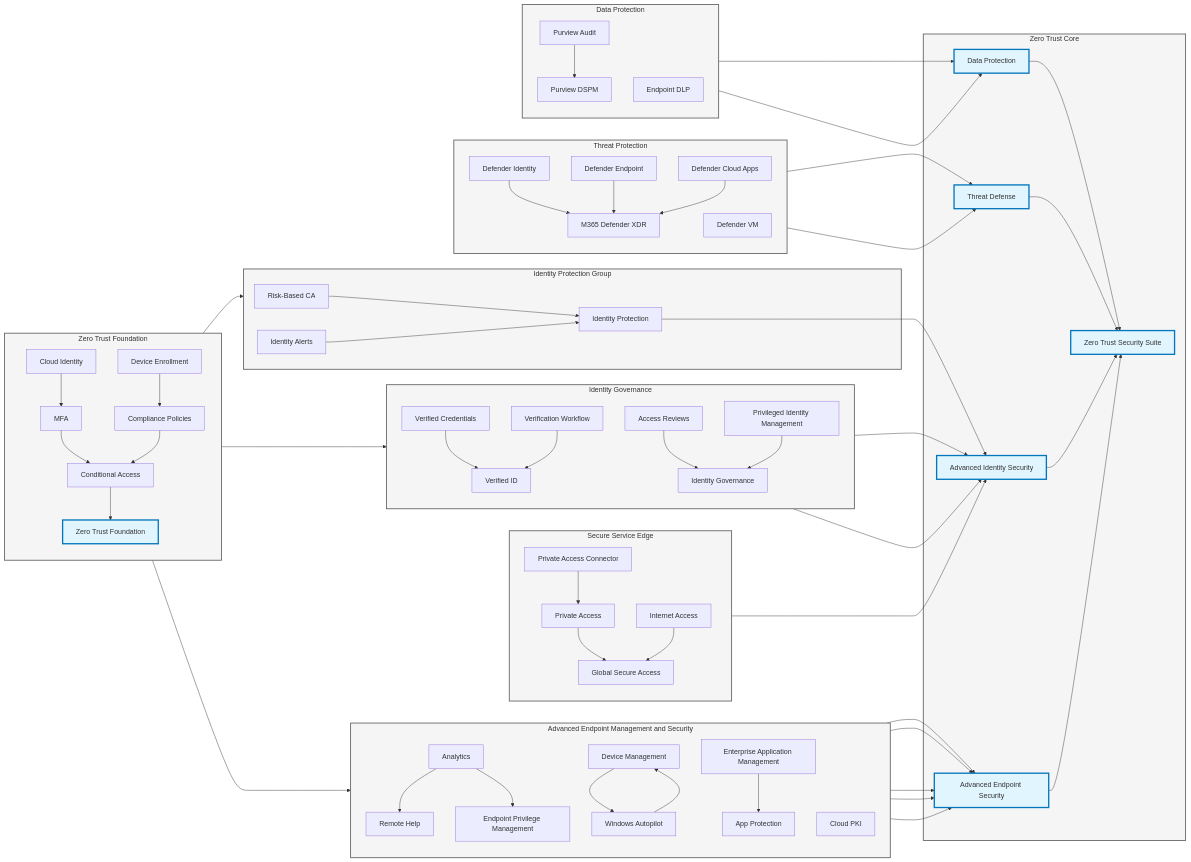
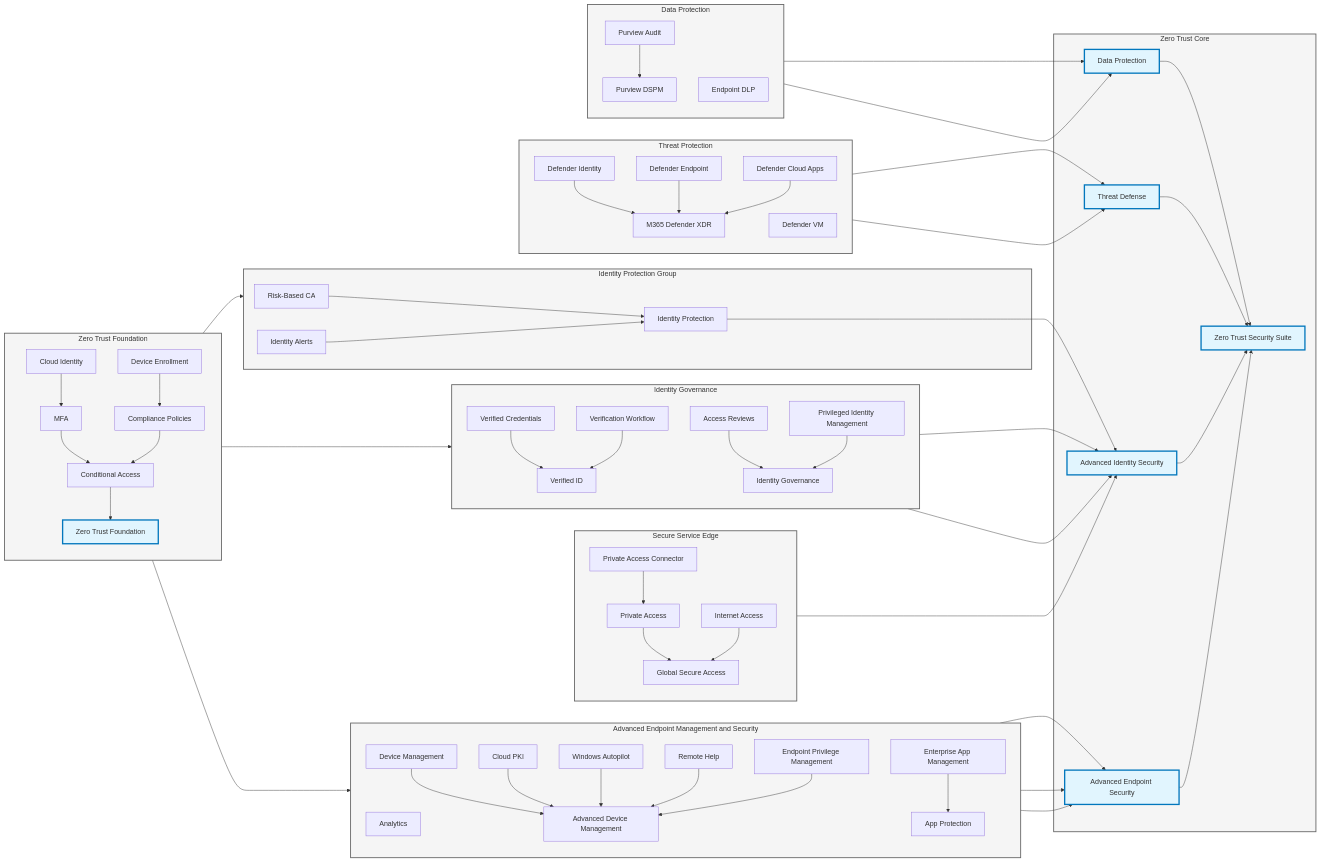
One commit to jessesuna/SecDepGuidance changed the diagram in DetailedDiagram.md. Above: the diagram before and after it, drawn with Mermaid.

```diff
--- a/DetailedDiagram.md
+++ b/DetailedDiagram.md
@@ -148,20 +148,22 @@
                     EPM["Endpoint Privilege Management"]
                     SpecializedDevices["Device Management"]
                     AutoPilot["Windows Autopilot"]
-                    AppManagement["Enterprise Application Management"]
+                    AppManagement["Enterprise App Management"]
                     AppProtection["App Protection"]
                     Cloudpki["Cloud PKI"]
+                    AdvDevice["Advanced Device Management"]
                 end
-                EndpointAnalytics --> RemoteHelp
-                EndpointAnalytics --> EPM
-                SpecializedDevices --> AutoPilot
+
+                SpecializedDevices --> AdvDevice
                 AppManagement --> AppProtection
                 EndpointAnalytics --> IntuneSuite
                 AppManagement --> IntuneSuite
-                Cloudpki --> IntuneSuite
-                AutoPilot --> SpecializedDevices
-                RemoteHelp --> IntuneSuite
-                EPM --> IntuneSuite
+                Cloudpki --> AdvDevice
+                AutoPilot --> AdvDevice
+                RemoteHelp --> AdvDevice
+                EPM --> AdvDevice
+                AdvDevice --> IntuneSuite
+                
 
                 %% Add click events for Endpoint Management components
                 click EndpointAnalytics "https://learn.microsoft.com/en-us/mem/analytics/" _blank
```
